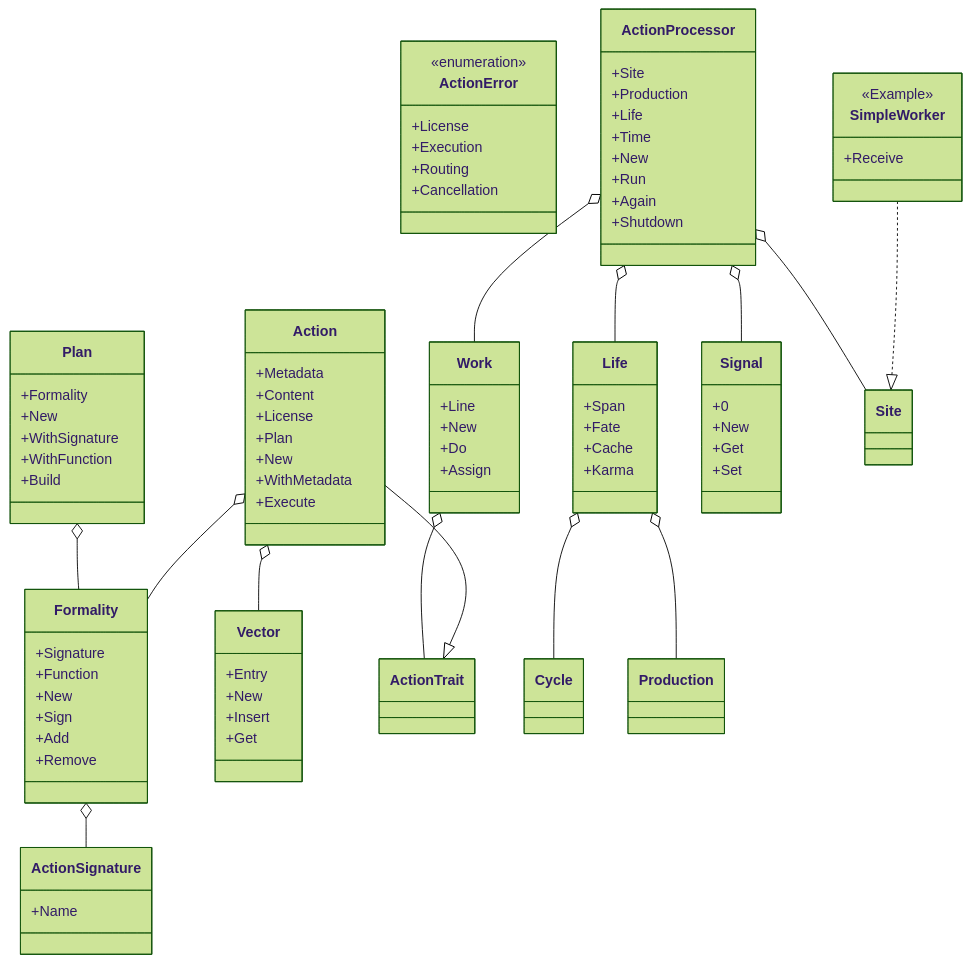
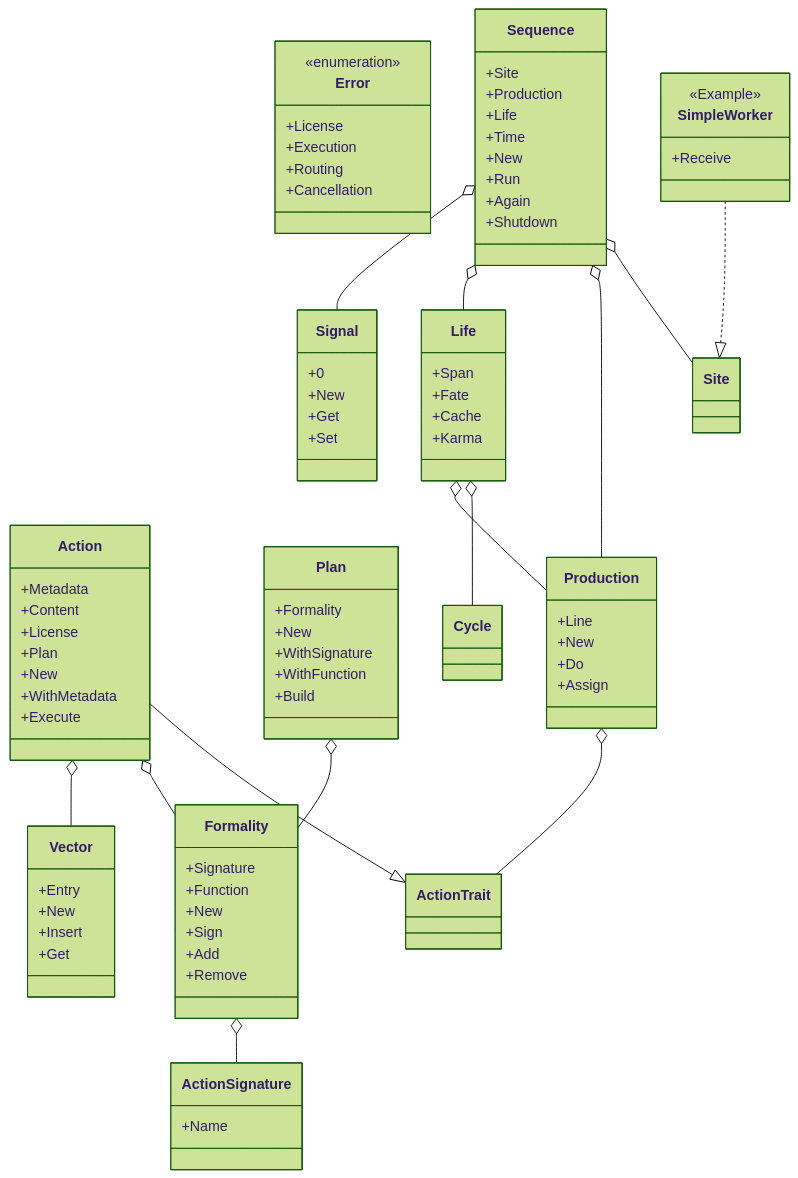
One commit to CodeEditorLand/Echo changed the first of 2 diagrams in README.md. Above: the diagram before and after it, drawn with Mermaid (forest theme). The commit also changed other lines of this file and 1 other file, not shown here.

````diff
--- a/README.md
+++ b/README.md
@@ -145,6 +145,6 @@
 ```mermaid
 classDiagram
-    class ActionError {
+    class Error {
         <<enumeration>>
         +License
         +Execution
@@ -190,7 +190,7 @@
         +Build
     }
 
-    class Work {
+    class Production {
         +Line
         +New
         +Do
@@ -211,7 +211,7 @@
         +Get
     }
 
-    class ActionProcessor {
+    class Sequence {
         +Site
         +Production
         +Life
@@ -229,14 +229,14 @@
 
     Action --|> ActionTrait
     SimpleWorker ..|> Site
-    ActionProcessor o-- Site
-    ActionProcessor o-- Work
-    ActionProcessor o-- Life
+    Sequence o-- Site
+    Sequence o-- Production
+    Sequence o-- Life
     Action o-- Formality
     Formality o-- ActionSignature
     Plan o-- Formality
-    Work o-- ActionTrait
-    ActionProcessor o-- Signal
+    Production o-- ActionTrait
+    Sequence o-- Signal
     Action o-- Vector
     Life o-- Cycle
     Life o-- Production
````
